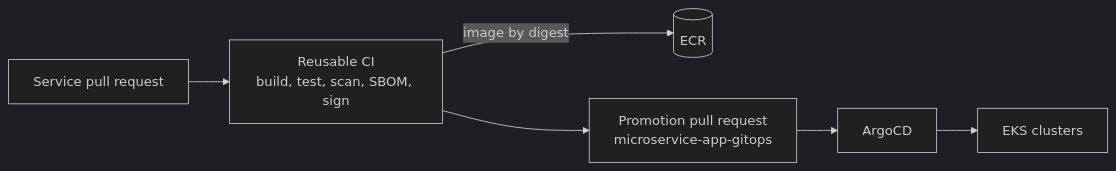
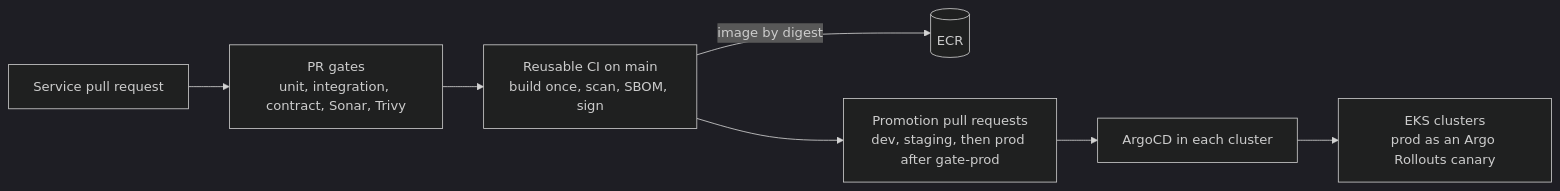
Before and after one commit to MicroTodoSuite/microservice-app-docs: the third of 3 diagrams in docs/Architecture diagrams.md, drawn with Mermaid (dark theme). The commit also changed other lines of this file and 5 other files, not shown here.

First line of the commit message:
docs(diagrams): complete the diagram set in draw.io (#60)

````diff
--- a/docs/Architecture diagrams.md
+++ b/docs/Architecture diagrams.md
@@ -102,8 +125,9 @@
 ```mermaid
 flowchart LR
-  pr["Service pull request"] --> ci["Reusable CI<br/>build, test, scan, SBOM, sign"]
+  pr["Service pull request"] --> gates["PR gates<br/>unit, integration, contract, Sonar, Trivy"]
+  gates --> ci["Reusable CI on main<br/>build once, scan, SBOM, sign"]
   ci -->|image by digest| ecr[("ECR")]
-  ci --> promote["Promotion pull request<br/>microservice-app-gitops"]
-  promote --> argocd["ArgoCD"]
-  argocd --> clusters["EKS clusters"]
+  ci --> promote["Promotion pull requests<br/>dev, staging, then prod after gate-prod"]
+  promote --> argocd["ArgoCD in each cluster"]
+  argocd --> clusters["EKS clusters<br/>prod as an Argo Rollouts canary"]
 ```
````
